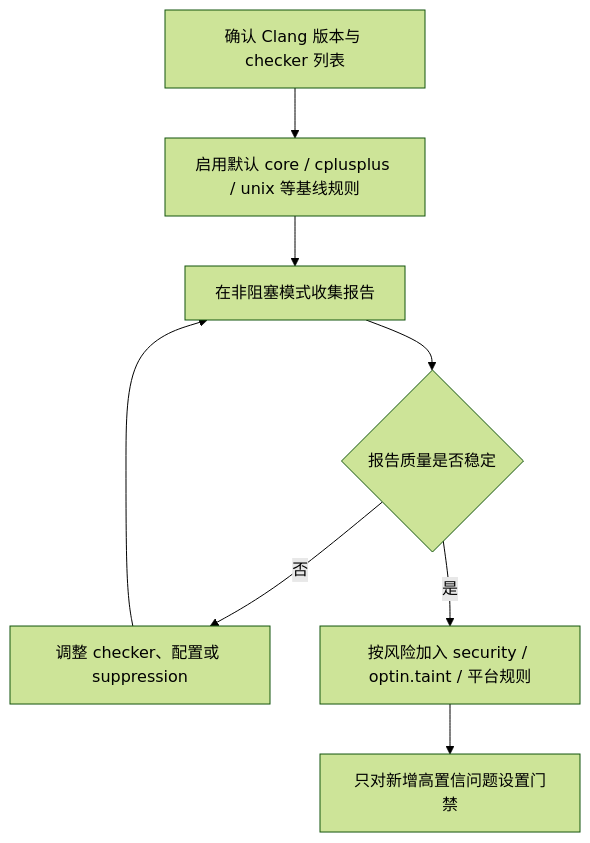
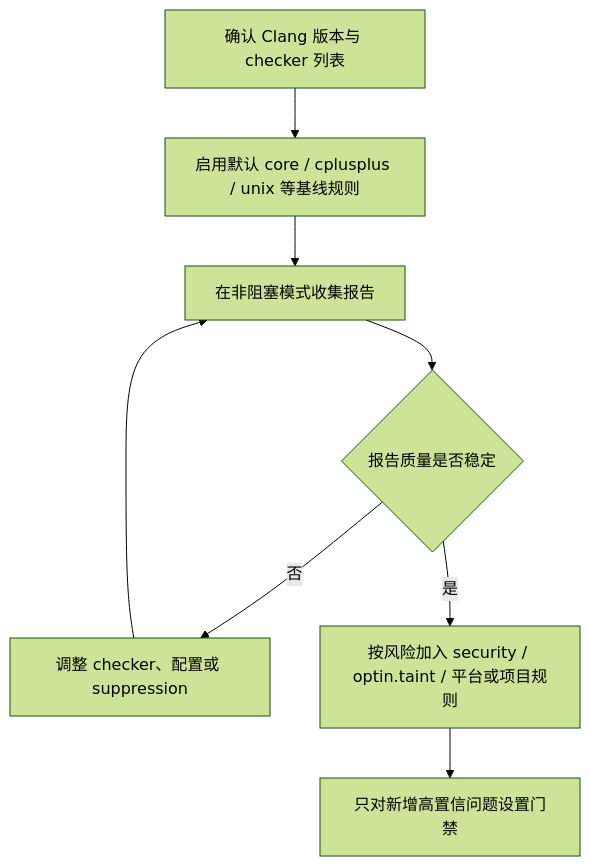
One commit to Faione/notebook changed the diagram in software/static_analysis/clang_static_analyzer_default_checkers.md. Above: the diagram before and after it, drawn with Mermaid (forest theme). The commit also changed other lines of this file and 19 other files, not shown here.

````diff
--- a/software/static_analysis/clang_static_analyzer_default_checkers.md
+++ b/software/static_analysis/clang_static_analyzer_default_checkers.md
@@ -194,10 +259,10 @@
 ```mermaid
 flowchart TD
     A["确认 Clang 版本与 checker 列表"] --> B["启用默认 core / cplusplus / unix 等基线规则"]
     B --> C["在非阻塞模式收集报告"]
     C --> D{"报告质量是否稳定"}
     D -->|否| E["调整 checker、配置或 suppression"]
     E --> C
-    D -->|是| F["按风险加入 security / optin.taint / 平台规则"]
+    D -->|是| F["按风险加入 security / optin.taint / 平台或项目规则"]
     F --> G["只对新增高置信问题设置门禁"]
 ```
````
